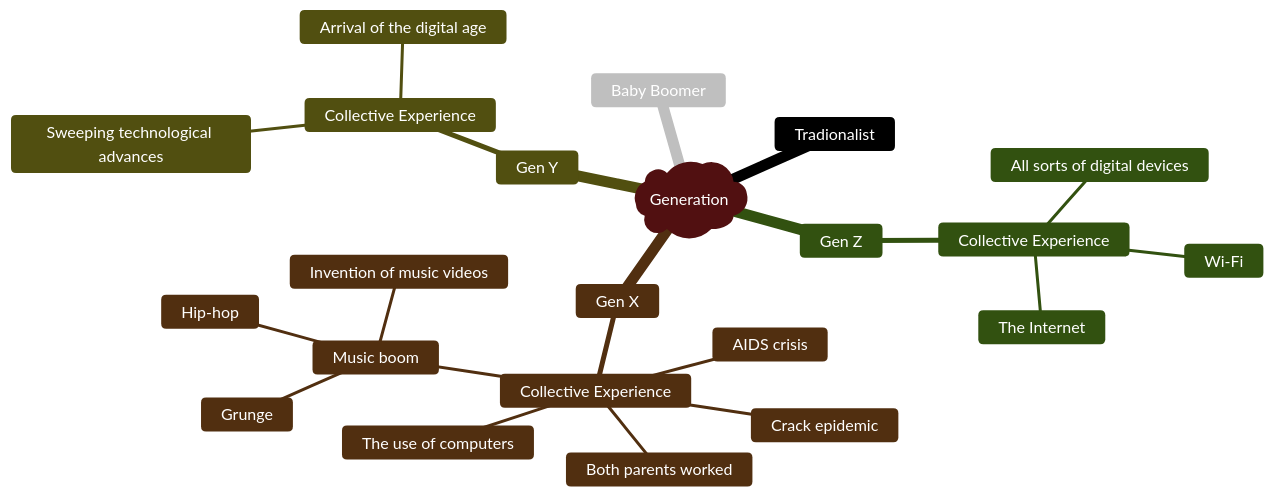
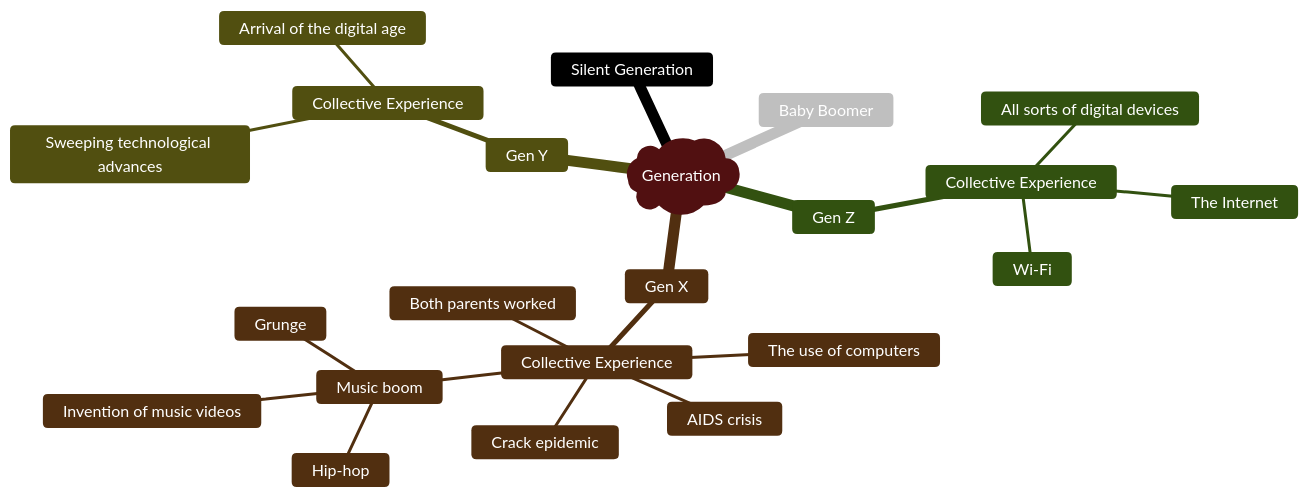
The diagram in 英语第一次作业.md (Charlie929-dot/charlie_vault), drawn with Mermaid before and after one commit.

Commit message:
vault backup: 2026-03-03 10:58:34

````diff
--- a/英语第一次作业.md
+++ b/英语第一次作业.md
@@ -3,36 +3,36 @@
 ```mermaid
 ---
 config:
   theme: 'base'
   themeVariables:
     primaryColor: '#BB2528'
     primaryTextColor: '#fff'
     primaryBorderColor: '#7C0000'
     lineColor: '#F8B229'
     secondaryColor: '#006100'
     tertiaryColor: '#fff'
 ---
 			mindmap
 				  root)Generation(
-				    Tradionalist
+				    Silent Generation
 				    Baby Boomer
 				    Gen X
 				      Collective Experience
 				        The use of computers
 				        Both parents worked
 				        Crack epidemic
 				        AIDS crisis
 				        Music boom
 				          Invention of music videos
 				          Hip-hop
 				          Grunge
 				    Gen Y
 				      Collective Experience
 				        Sweeping technological advances
 				        Arrival of the digital age
 				    Gen Z
 				      Collective Experience
 				        All sorts of digital devices
 				        The Internet
 				        Wi-Fi
 ```
````
